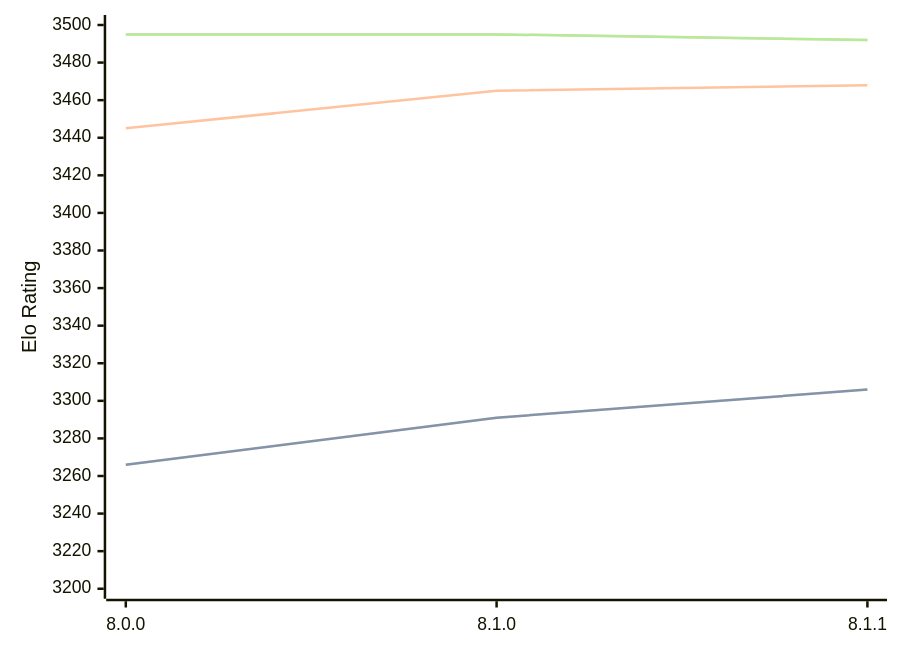
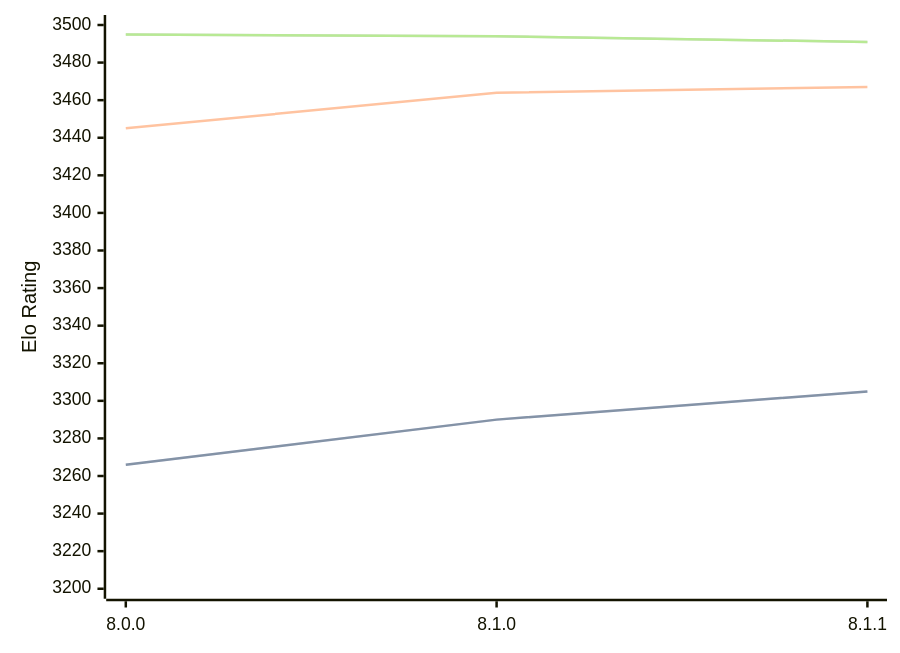
One commit to computer-chess-index/cci changed the diagram in engines/Velvet.md. Above: the diagram before and after it, drawn with Mermaid. The commit also changed other lines of this file, not shown here.

Commit message:
Update CCI Ratings (ELO VLTC) - 2026-03-23

````diff
--- a/engines/Velvet.md
+++ b/engines/Velvet.md
@@ -57,11 +57,11 @@
 ```mermaid
 %%{init: {"theme":"base","themeVariables":{"seriesColors:['#a3a3a3','#222221','#faa371']}}}%%
 xychart-beta
   x-axis ["8.0.0", "8.1.0", "8.1.1"]
   y-axis "Elo Rating" 3200 --> 3500
-  line "STC (8.0+0.08s)" [3266, 3291, 3306]
-  line "STC (8.0+0.08s)" [3266, 3291, 3306]
-  line "LTC (60.0+0.60s)" [3445, 3465, 3468]
-  line "VLTC (2m24s+1.12s)" [3495, 3495, 3492]
-  line "VLTC (2m24s+1.12s)" [3495, 3495, 3492]
+  line "STC (8.0+0.08s)" [3266, 3290, 3305]
+  line "STC (8.0+0.08s)" [3266, 3290, 3305]
+  line "LTC (60.0+0.60s)" [3445, 3464, 3467]
+  line "VLTC (2m24s+1.12s)" [3495, 3494, 3491]
+  line "VLTC (2m24s+1.12s)" [3495, 3494, 3491]
 ```
````
